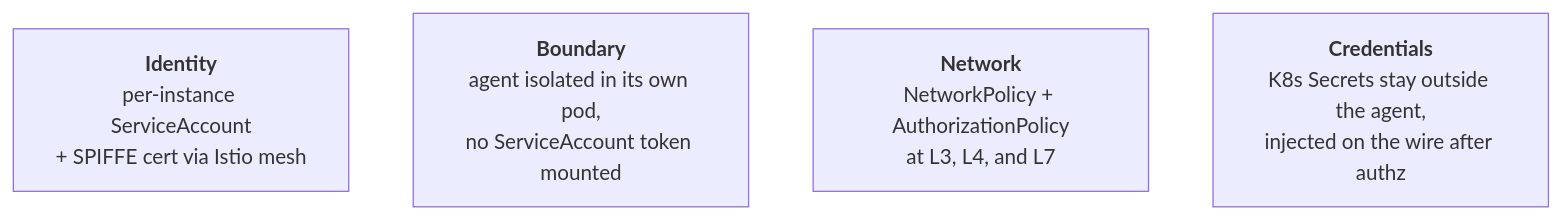
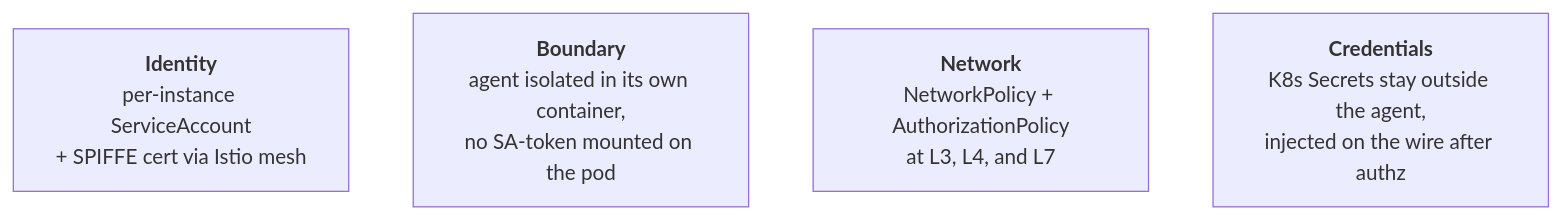
The first of 2 diagrams in docs/strategy/security-overview.md (dam-agents/dam), drawn with Mermaid before and after one commit. The commit also changed other lines of this file, not shown here.

Commit message:
docs: clarify container vs pod as the security boundary

````diff
--- a/docs/strategy/security-overview.md
+++ b/docs/strategy/security-overview.md
@@ -8,8 +8,8 @@
 ```mermaid
 flowchart LR
   L1["<b>Identity</b><br/>per-instance ServiceAccount<br/>+ SPIFFE cert via Istio mesh"]
-  L2["<b>Boundary</b><br/>agent isolated in its own pod,<br/>no ServiceAccount token mounted"]
+  L2["<b>Boundary</b><br/>agent isolated in its own container,<br/>no SA-token mounted on the pod"]
   L3["<b>Network</b><br/>NetworkPolicy + AuthorizationPolicy<br/>at L3, L4, and L7"]
   L4["<b>Credentials</b><br/>K8s Secrets stay outside the agent,<br/>injected on the wire after authz"]
   L1 ~~~ L2 ~~~ L3 ~~~ L4
 ```
````
